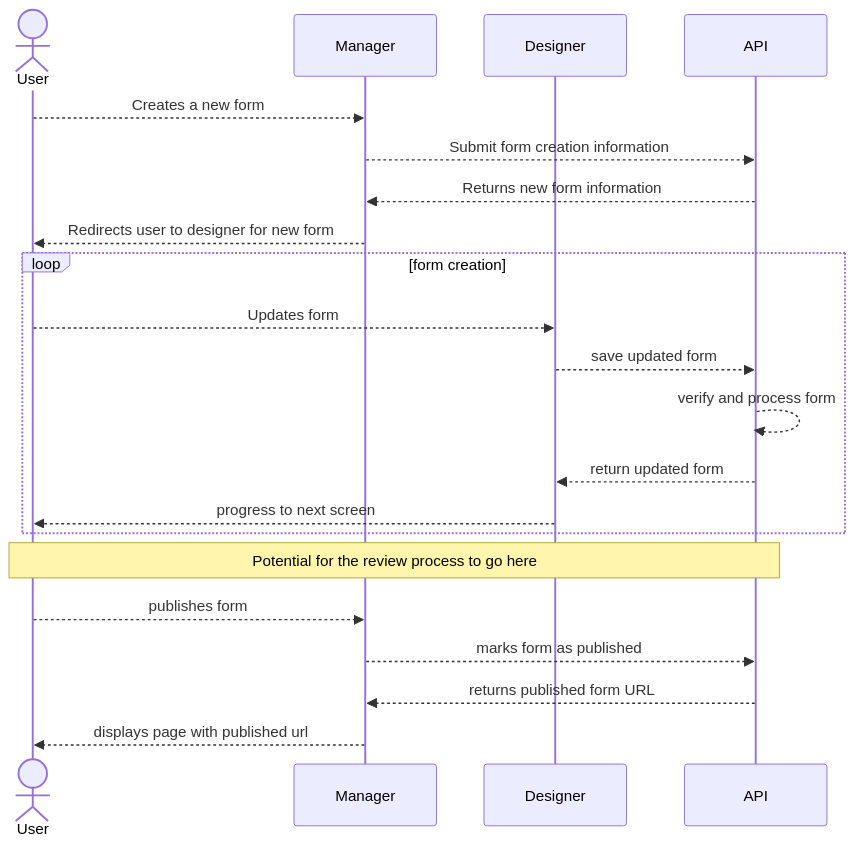
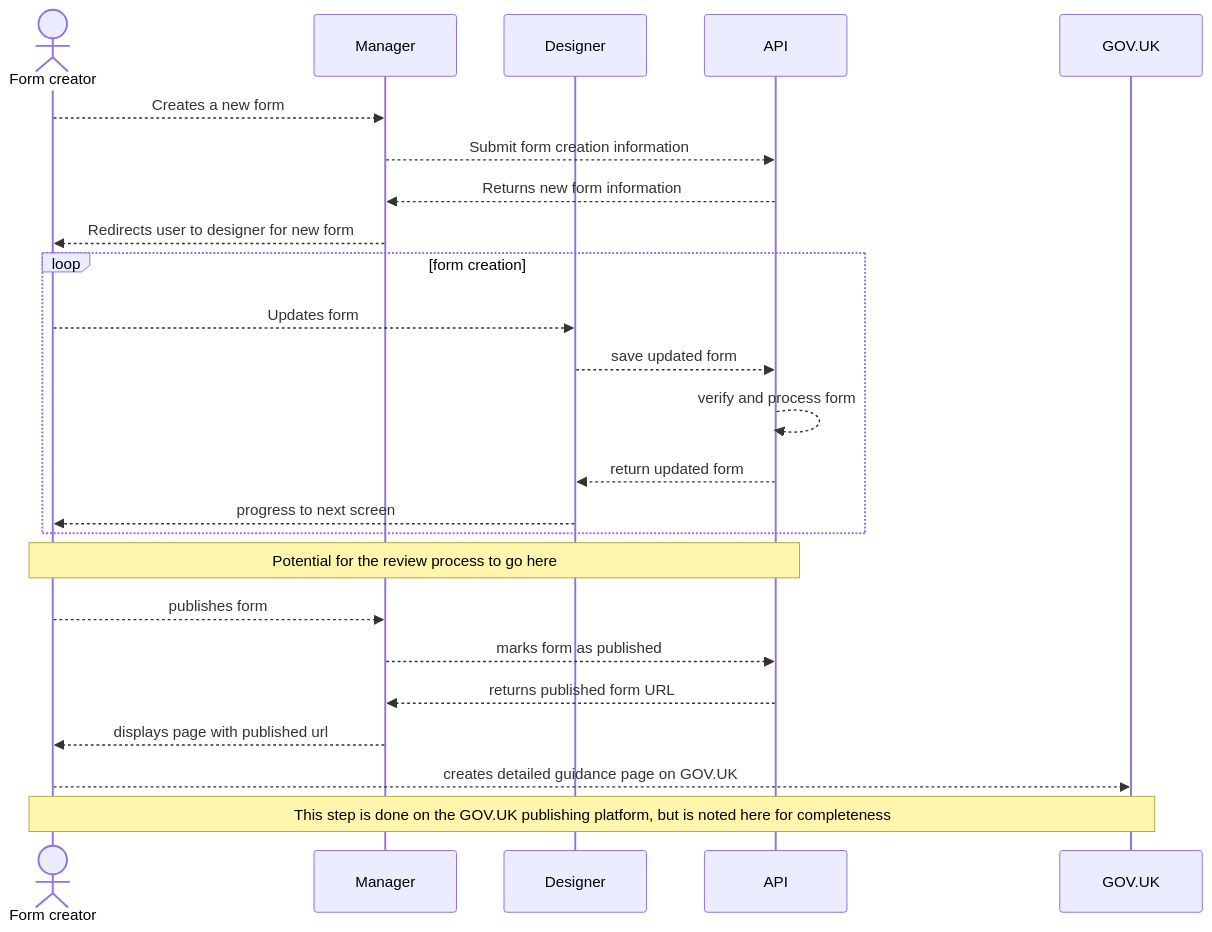
Before and after one commit to alphagov/forms: the diagram in diagrams/sequence-diagrams/creating-and-publishing-a-form.md, drawn with Mermaid. The commit also changed 1 other file, not shown here.

Commit message:
Add references to GOV.UK start pages

````diff
--- a/diagrams/sequence-diagrams/creating-and-publishing-a-form.md
+++ b/diagrams/sequence-diagrams/creating-and-publishing-a-form.md
@@ -3,26 +3,29 @@
 ```mermaid 
 sequenceDiagram
-  actor user as User
+  actor user as Form creator
   participant manager as Manager
   participant designer as Designer
   participant api as API
+  participant govuk as GOV.UK
 
   user -->> manager: Creates a new form
   manager -->> api: Submit form creation information
   api -->> manager: Returns new form information
   manager -->> user: Redirects user to designer for new form
   loop form creation
     user -->> designer: Updates form
     designer -->> api: save updated form
     api -->> api: verify and process form
     api -->> designer: return updated form
     designer -->> user: progress to next screen
   end
 
   note over user,api: Potential for the review process to go here
 
   user -->> manager: publishes form
   manager -->> api: marks form as published
   api -->> manager: returns published form URL
   manager -->> user: displays page with published url
+  user -->> govuk: creates detailed guidance page on GOV.UK
+  note over user,govuk: This step is done on the GOV.UK publishing platform, but is noted here for completeness
 ```
````
